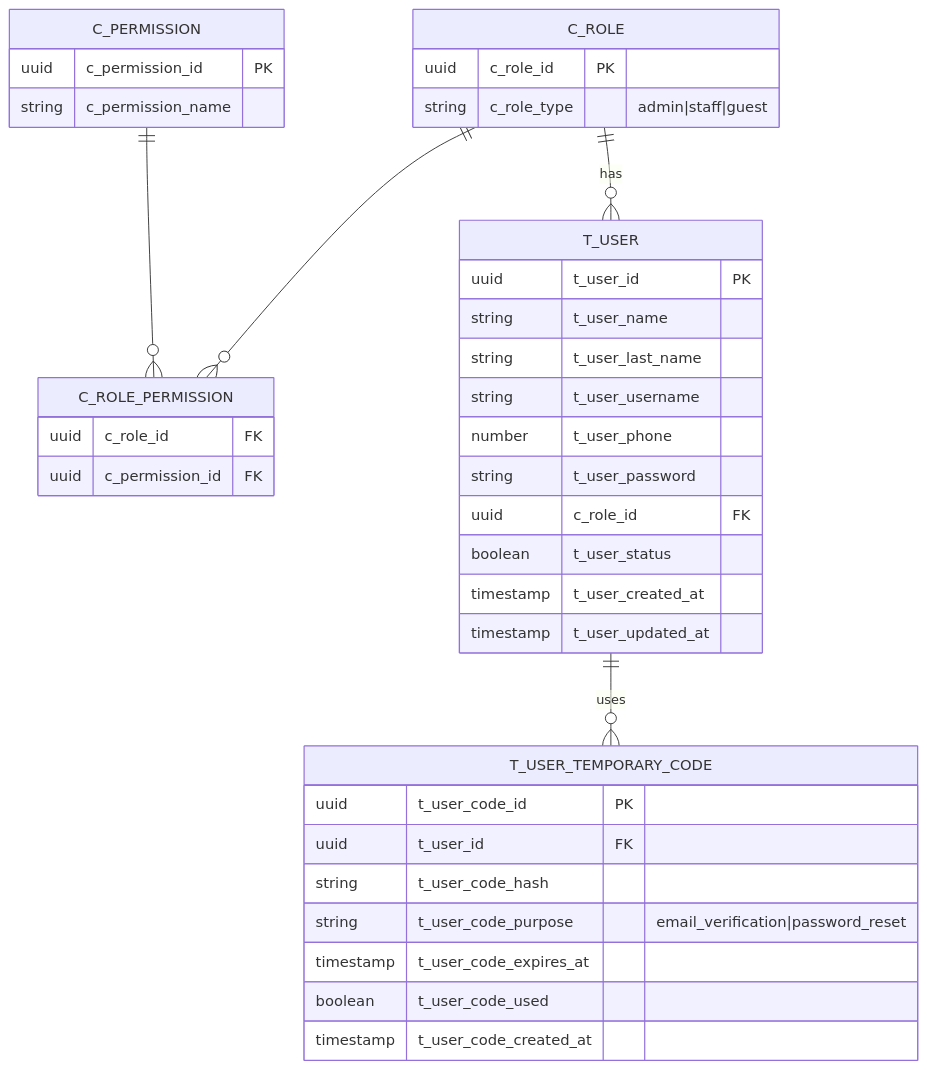
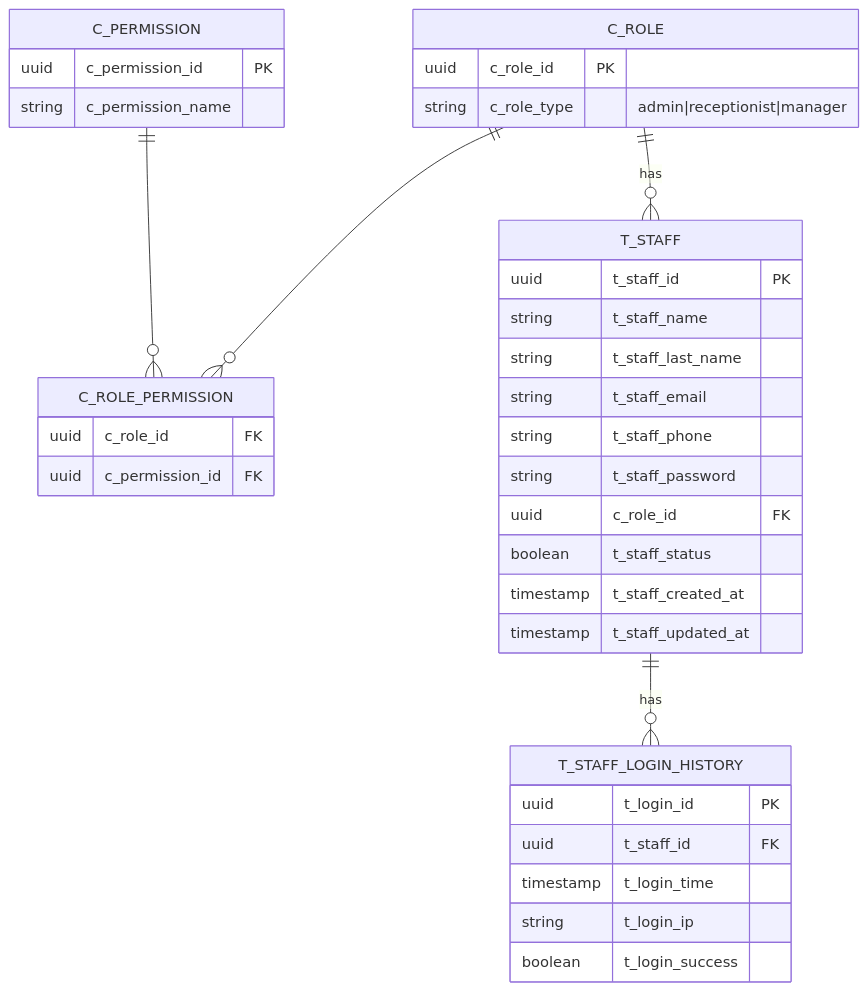
The diagram in documentation/diagrams/database/auth_db.mmd (up220672/innaly), drawn with Mermaid before and after one commit. The commit also changed 1 other file, not shown here.

Commit message:
fix: update role types and user structure in auth_db diagram

```diff
--- a/documentation/diagrams/database/auth_db.mmd
+++ b/documentation/diagrams/database/auth_db.mmd
@@ -1,47 +1,44 @@
 erDiagram
     %% ========= CATÁLOGOS =========
     C_ROLE {
         uuid c_role_id PK
-        string c_role_type "admin|staff|guest"
+        string c_role_type "admin|receptionist|manager"
     }
 
     C_PERMISSION {
         uuid c_permission_id PK
         string c_permission_name
     }
 
     C_ROLE_PERMISSION {
         uuid c_role_id FK
         uuid c_permission_id FK
     }
 
-    %% ========= USUARIOS =========
-    T_USER {
-        uuid t_user_id PK
-        string t_user_name
-        string t_user_last_name
-        string t_user_username
-        number t_user_phone
-        string t_user_password
+    %% ========= USUARIOS (STAFF) =========
+    T_STAFF {
+        uuid t_staff_id PK
+        string t_staff_name
+        string t_staff_last_name
+        string t_staff_email
+        string t_staff_phone
+        string t_staff_password
         uuid c_role_id FK
-        boolean t_user_status
-        timestamp t_user_created_at
-        timestamp t_user_updated_at
+        boolean t_staff_status
+        timestamp t_staff_created_at
+        timestamp t_staff_updated_at
     }
 
-    %% ========= CÓDIGOS TEMPORALES =========
-    T_USER_TEMPORARY_CODE {
-        uuid t_user_code_id PK
-        uuid t_user_id FK
-        string t_user_code_hash
-        string t_user_code_purpose "email_verification|password_reset"
-        timestamp t_user_code_expires_at
-        boolean t_user_code_used
-        timestamp t_user_code_created_at
+    T_STAFF_LOGIN_HISTORY {
+        uuid t_login_id PK
+        uuid t_staff_id FK
+        timestamp t_login_time
+        string t_login_ip
+        boolean t_login_success
     }
 
     %% ========= RELACIONES =========
-    C_ROLE ||--o{ T_USER : "has"
+    C_ROLE ||--o{ T_STAFF : "has"
     C_PERMISSION ||--o{ C_ROLE_PERMISSION : ""
     C_ROLE ||--o{ C_ROLE_PERMISSION : ""
-    T_USER ||--o{ T_USER_TEMPORARY_CODE : "uses"
+    T_STAFF ||--o{ T_STAFF_LOGIN_HISTORY : "has"
```
